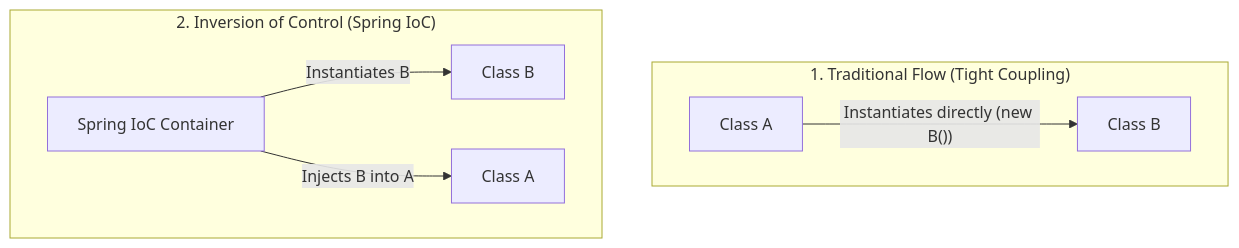
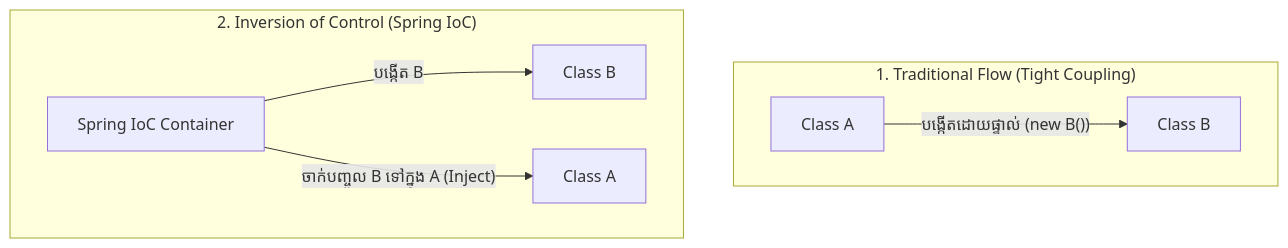
One commit to sakousa856-sketch/java-spring-for-developers-khmer changed the diagram in 04-spring-boot/02-spring-core-concept/01-inversion-of-control/README.md. Above: the diagram before and after it, drawn with Mermaid. The commit also changed other lines of this file and 290 other files, not shown here.

````diff
--- a/04-spring-boot/02-spring-core-concept/01-inversion-of-control/README.md
+++ b/04-spring-boot/02-spring-core-concept/01-inversion-of-control/README.md
@@ -33,12 +31,12 @@
 ```mermaid
 flowchart TD
     subgraph TraditionalFlow ["1. Traditional Flow (Tight Coupling)"]
-        A1["Class A"] -->|"Instantiates directly (new B())"| B1["Class B"]
+        A1["Class A"] -->|"បង្កើតដោយផ្ទាល់ (new B())"| B1["Class B"]
     end
 
     subgraph IoCFlow ["2. Inversion of Control (Spring IoC)"]
         IoC["Spring IoC Container"]
-        IoC -->|"Instantiates B"| B2["Class B"]
-        IoC -->|"Injects B into A"| A2["Class A"]
+        IoC -->|"បង្កើត B"| B2["Class B"]
+        IoC -->|"ចាក់បញ្ចូល B ទៅក្នុង A (Inject)"| A2["Class A"]
     end
 ```
````
